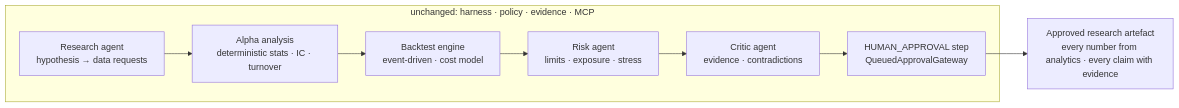
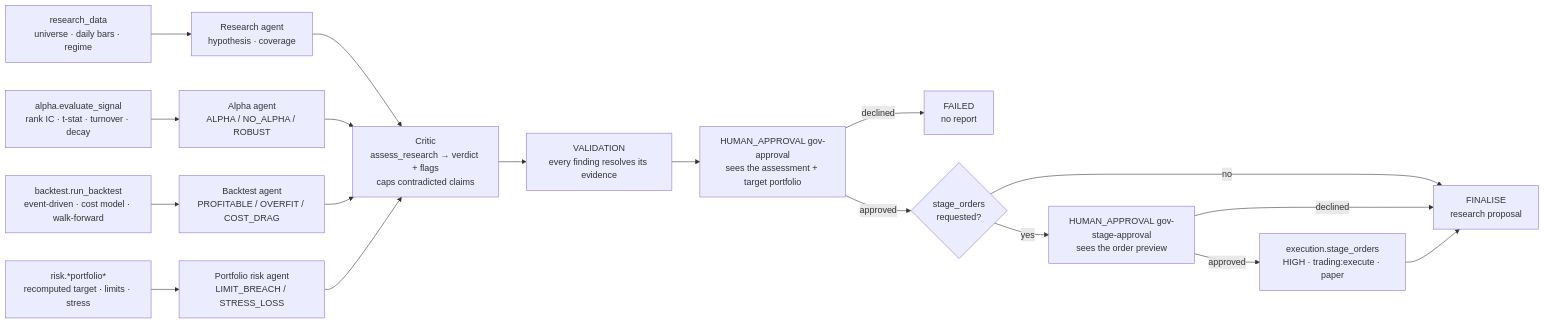
Before and after one commit to AshJha0/AgenticAICashEquities: the ninth of 9 diagrams in docs/DIAGRAMS.md, drawn with Mermaid. The commit also changed other lines of this file and 73 other files, not shown here.

````diff
--- a/docs/DIAGRAMS.md
+++ b/docs/DIAGRAMS.md
@@ -279,17 +282,20 @@
 ```mermaid
 flowchart LR
-    RA["Research agent<br/>hypothesis → data requests"] --> AA["Alpha analysis<br/>deterministic stats · IC · turnover"]
-    AA --> BT["Backtest engine<br/>event-driven · cost model"]
-    BT --> RK["Risk agent<br/>limits · exposure · stress"]
-    RK --> CR["Critic agent<br/>evidence · contradictions"]
-    CR --> HA["HUMAN_APPROVAL step<br/>QueuedApprovalGateway"]
-    HA --> OUT["Approved research artefact<br/>every number from analytics · every claim with evidence"]
-    subgraph SAME["unchanged: harness · policy · evidence · MCP"]
-        RA
-        AA
-        BT
-        RK
-        CR
-        HA
-    end
+    RD["research_data<br/>universe · daily bars · regime"] --> RA["Research agent<br/>hypothesis · coverage"]
+    AL["alpha.evaluate_signal<br/>rank IC · t-stat · turnover · decay"] --> AA["Alpha agent<br/>ALPHA / NO_ALPHA / ROBUST"]
+    BE["backtest.run_backtest<br/>event-driven · cost model · walk-forward"] --> BA["Backtest agent<br/>PROFITABLE / OVERFIT / COST_DRAG"]
+    RK["risk.*portfolio*<br/>recomputed target · limits · stress"] --> PR["Portfolio risk agent<br/>LIMIT_BREACH / STRESS_LOSS"]
+    RA --> CR
+    AA --> CR
+    BA --> CR
+    PR --> CR["Critic<br/>assess_research → verdict + flags<br/>caps contradicted claims"]
+    CR --> VA["VALIDATION<br/>every finding resolves its evidence"]
+    VA --> HA["HUMAN_APPROVAL gov-approval<br/>sees the assessment + target portfolio"]
+    HA -- declined --> FAILED["FAILED<br/>no report"]
+    HA -- approved --> SA{"stage_orders<br/>requested?"}
+    SA -- no --> FIN["FINALISE<br/>research proposal"]
+    SA -- yes --> HB["HUMAN_APPROVAL gov-stage-approval<br/>sees the order preview"]
+    HB -- declined --> FIN
+    HB -- approved --> SO["execution.stage_orders<br/>HIGH · trading:execute · paper"]
+    SO --> FIN
 ```
````
